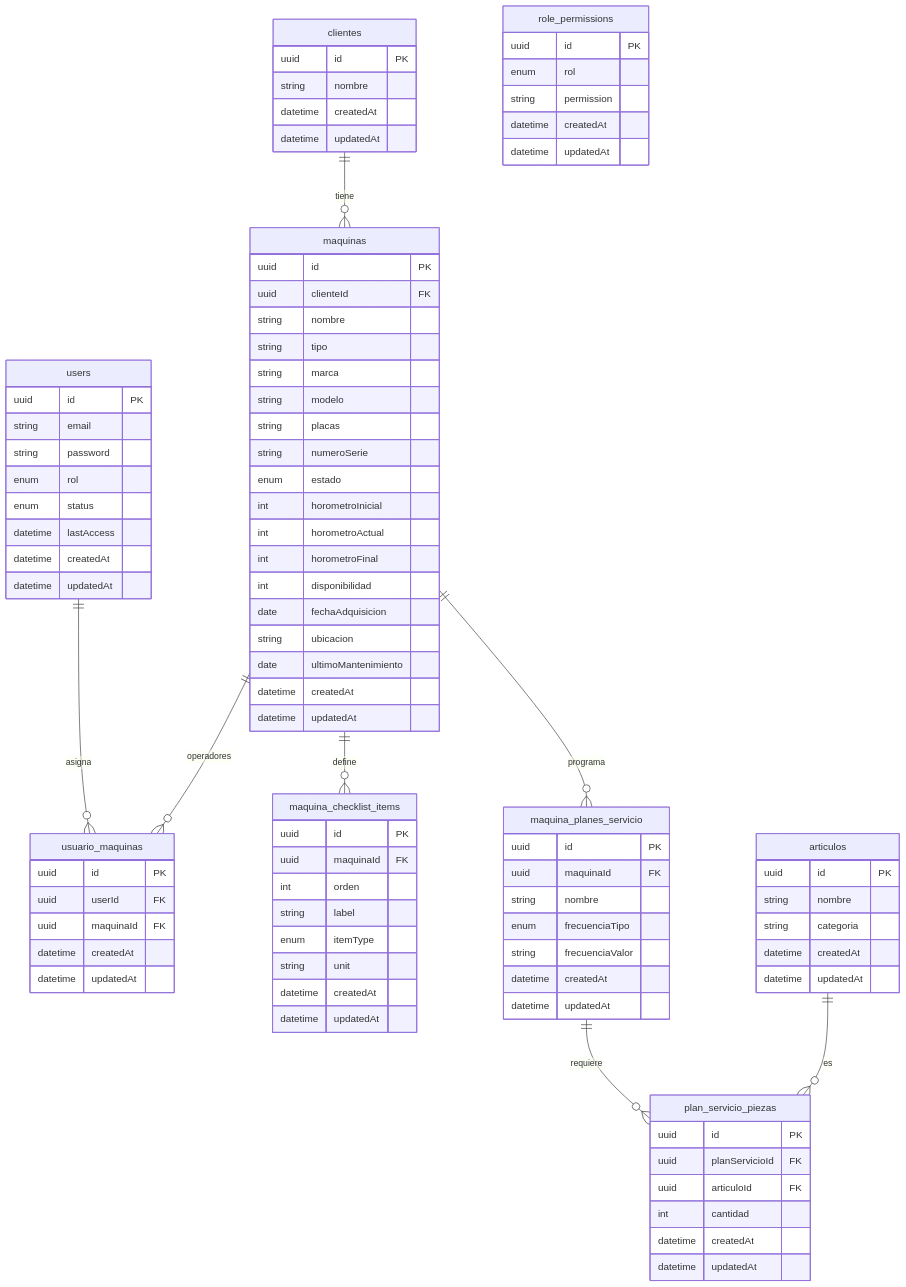
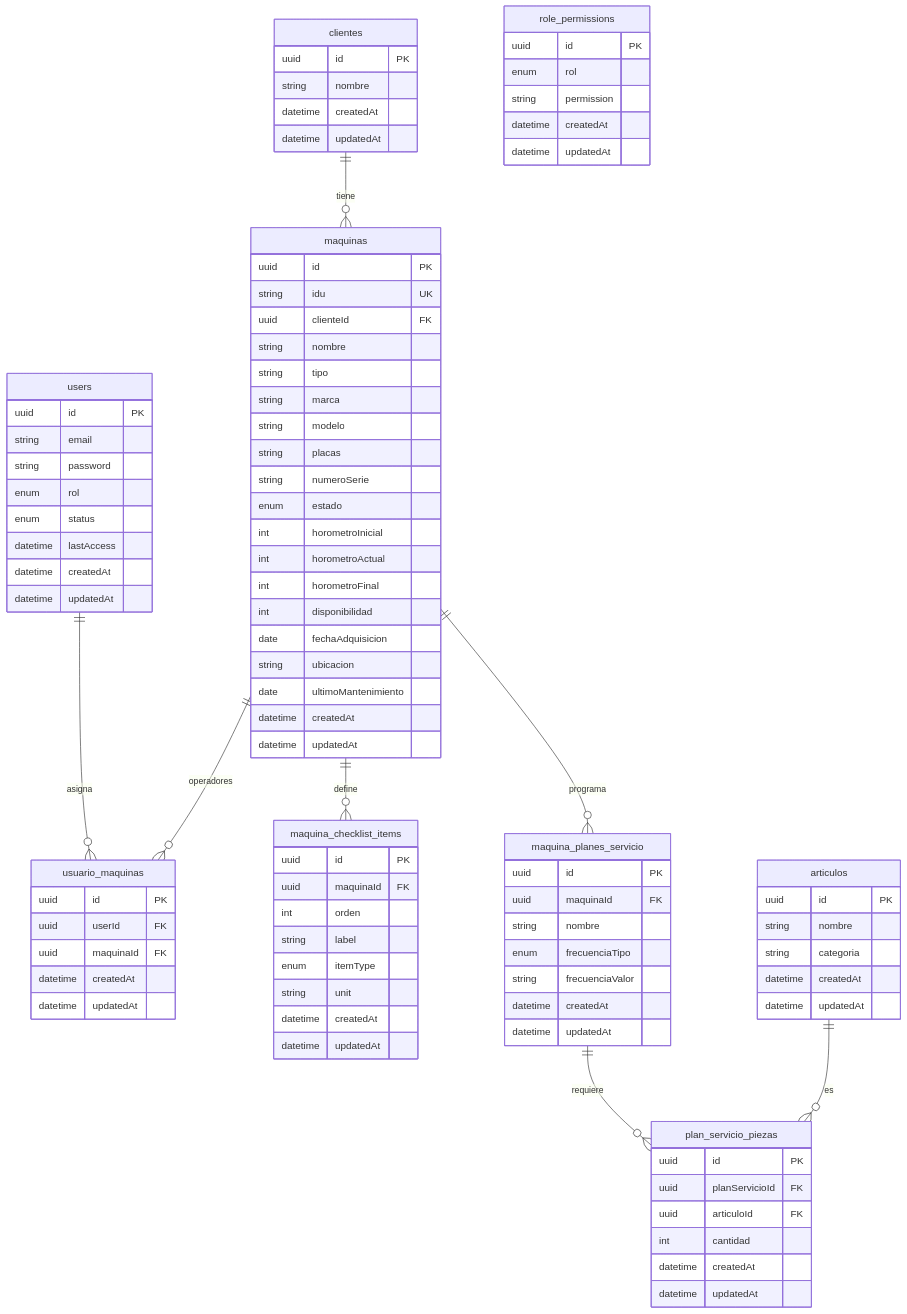
The diagram in back/docs/IMPLEMENTACION_MODULO_MAQUINAS.md (JoseManuelGdlO/obrasyarmadosdgo), drawn with Mermaid before and after one commit. The commit also changed other lines of this file and 5 other files, not shown here.

```diff
--- a/back/docs/IMPLEMENTACION_MODULO_MAQUINAS.md
+++ b/back/docs/IMPLEMENTACION_MODULO_MAQUINAS.md
@@ -51,6 +51,7 @@
 
   maquinas {
     uuid id PK
+    string idu UK
     uuid clienteId FK
     string nombre
     string tipo
```
